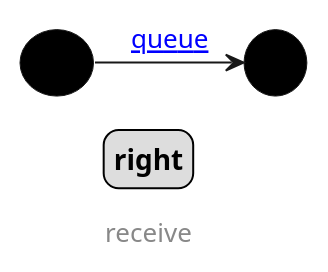
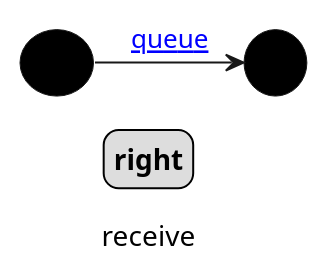
The diagram in diagrams/queue-example/right-receive.puml (pavetok/pavetok.github.io), drawn with PlantUML before and after one commit. The commit also changed 33 other files, not shown here.

```diff
--- a/diagrams/queue-example/right-receive.puml
+++ b/diagrams/queue-example/right-receive.puml
@@ -1,24 +1,24 @@
 @startuml
 skinparam card {
     BorderThickness 0.5
     BackgroundColor 0
     RoundCorner 50
     FontSize 20
 }
 
 skinparam legend {
     FontStyle bold
 }
 
 skinparam footer {
     FontSize 13
 }
 
 card "⊸" as s1
 card 1 as s2
 
 s1 -> s2: [[/work/transaction-types/queue-example/diagrams/queue-client/{queue} queue]]
 
 legend right
-footer receive
+caption receive
 @enduml
```
